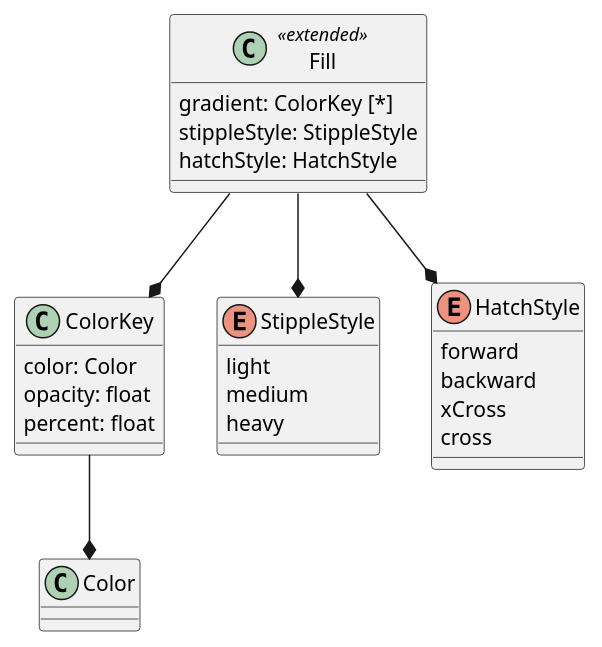
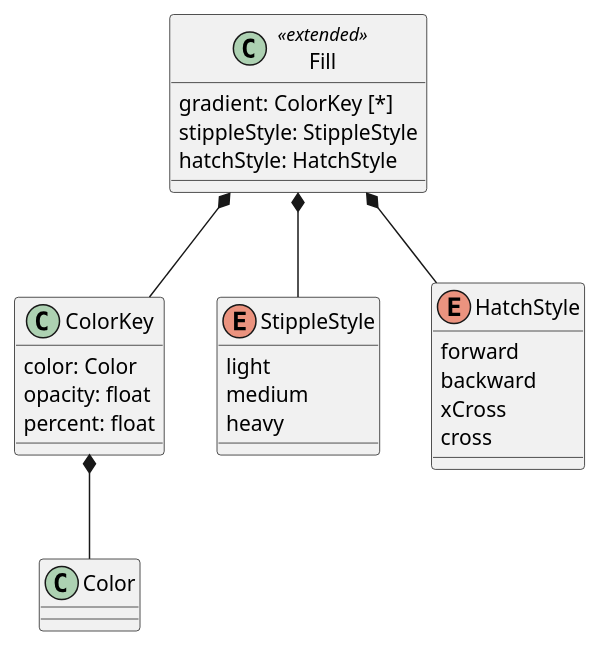
Before and after one commit to opengeospatial/styles-and-symbology: the second of 2 diagrams in core/sections/clause_14_advanced_fills.adoc, drawn with PlantUML. The commit also changed other lines of this file and 10 other files, not shown here.

```diff
--- a/core/sections/clause_14_advanced_fills.adoc
+++ b/core/sections/clause_14_advanced_fills.adoc
@@ -33,26 +33,26 @@
 [plantuml, target=diagram-classes, format=png]
 ....
 class Fill <<extended>>
 Fill : gradient: ColorKey [*]
 Fill : stippleStyle: StippleStyle
 Fill : hatchStyle: HatchStyle
-Fill --* ColorKey
-Fill --* StippleStyle
-Fill --* HatchStyle
+Fill *-- ColorKey
+Fill *-- StippleStyle
+Fill *-- HatchStyle
 
 ColorKey : color: Color
 ColorKey : opacity: float
 ColorKey : percent: float
-ColorKey --* Color
+ColorKey *-- Color
 
 enum StippleStyle
 StippleStyle : light
 StippleStyle : medium
 StippleStyle : heavy
 
 enum HatchStyle
 HatchStyle : forward
 HatchStyle : backward
 HatchStyle : xCross
 HatchStyle : cross
 ....
```
